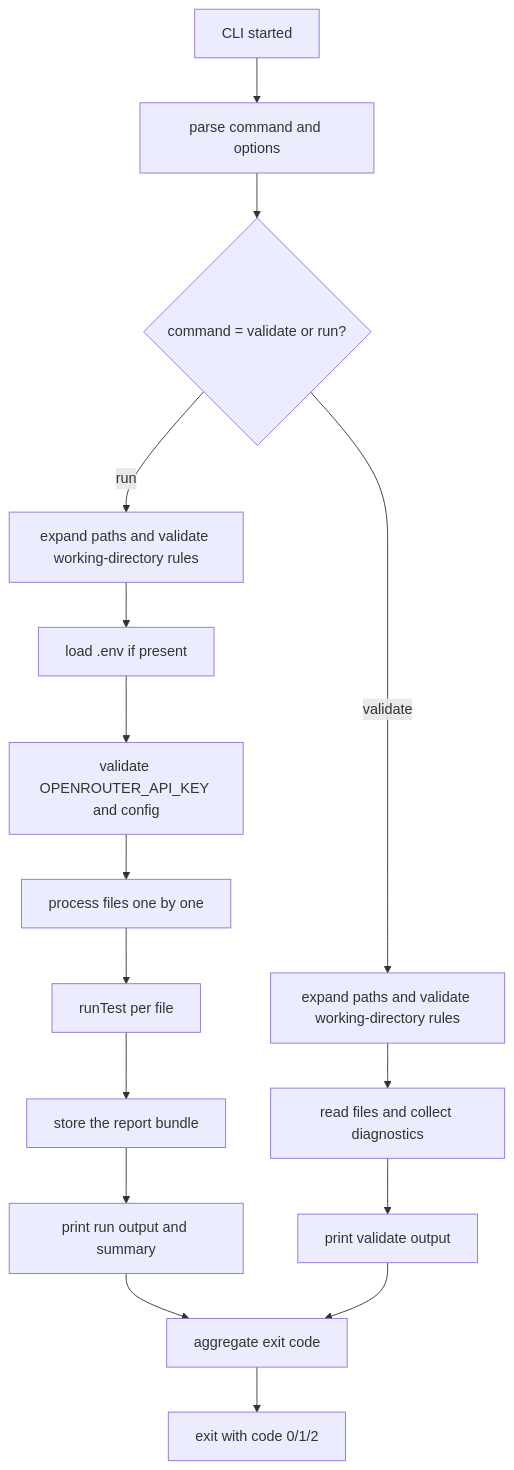
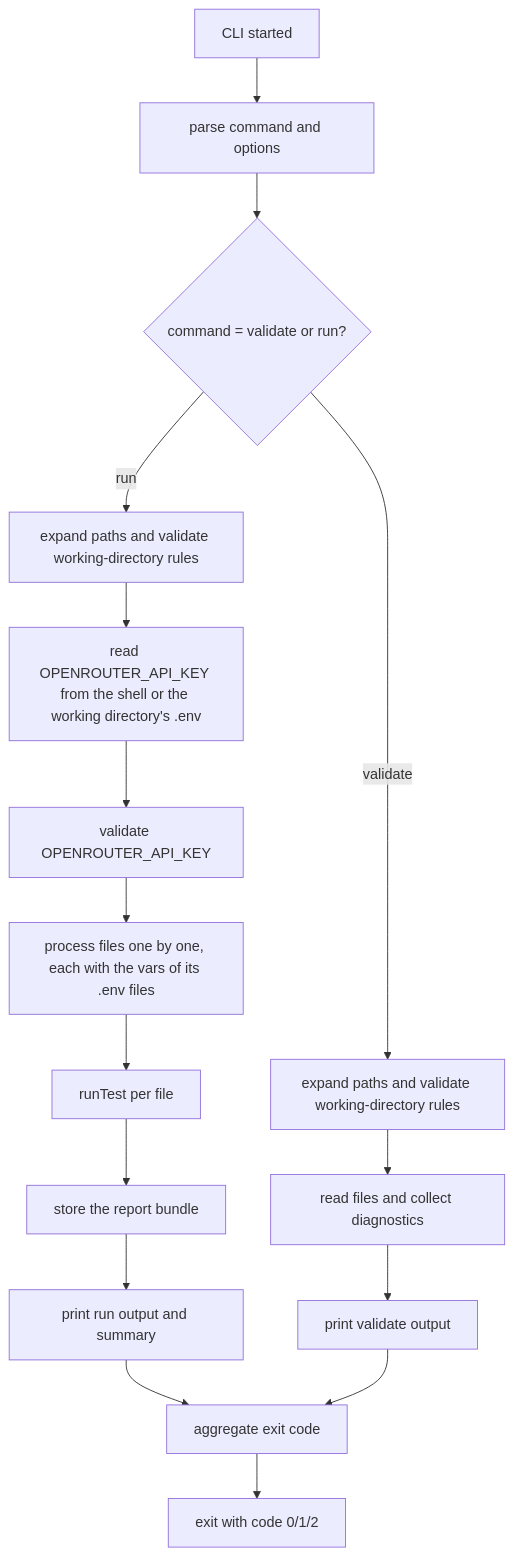
Before and after one commit to yike2/Jevwright: the diagram in docs/tech/cli.md, drawn with Mermaid. The commit also changed other lines of this file and 9 other files, not shown here.

Commit message:
docs(workspace): folders instead of Modules, per-directory .env (#114)

````diff
--- a/docs/tech/cli.md
+++ b/docs/tech/cli.md
@@ -85,18 +87,18 @@
 ```mermaid
 flowchart TD
   A[CLI started] --> B[parse command and options]
   B --> C{command = validate or run?}
   C -->|validate| D[expand paths and validate working-directory rules]
   C -->|run| E[expand paths and validate working-directory rules]
   D --> F[read files and collect diagnostics]
-  E --> G[load .env if present]
-  G --> H[validate OPENROUTER_API_KEY and config]
-  H --> I[process files one by one]
+  E --> G[read OPENROUTER_API_KEY from the shell or the working directory's .env]
+  G --> H[validate OPENROUTER_API_KEY]
+  H --> I[process files one by one, each with the vars of its .env files]
   F --> J[print validate output]
   I --> K[runTest per file]
   K --> L[store the report bundle]
   L --> M[print run output and summary]
   M --> N[aggregate exit code]
   J --> N
   N --> O[exit with code 0/1/2]
 ```
````
